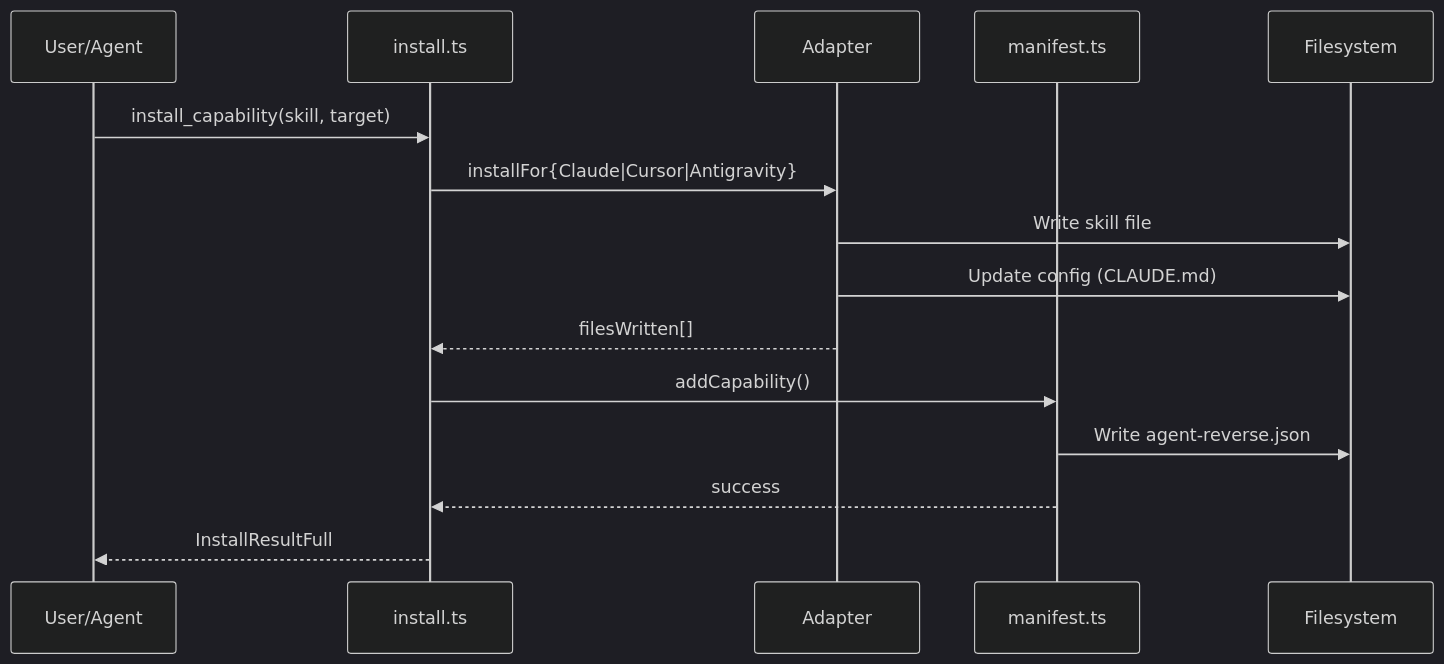
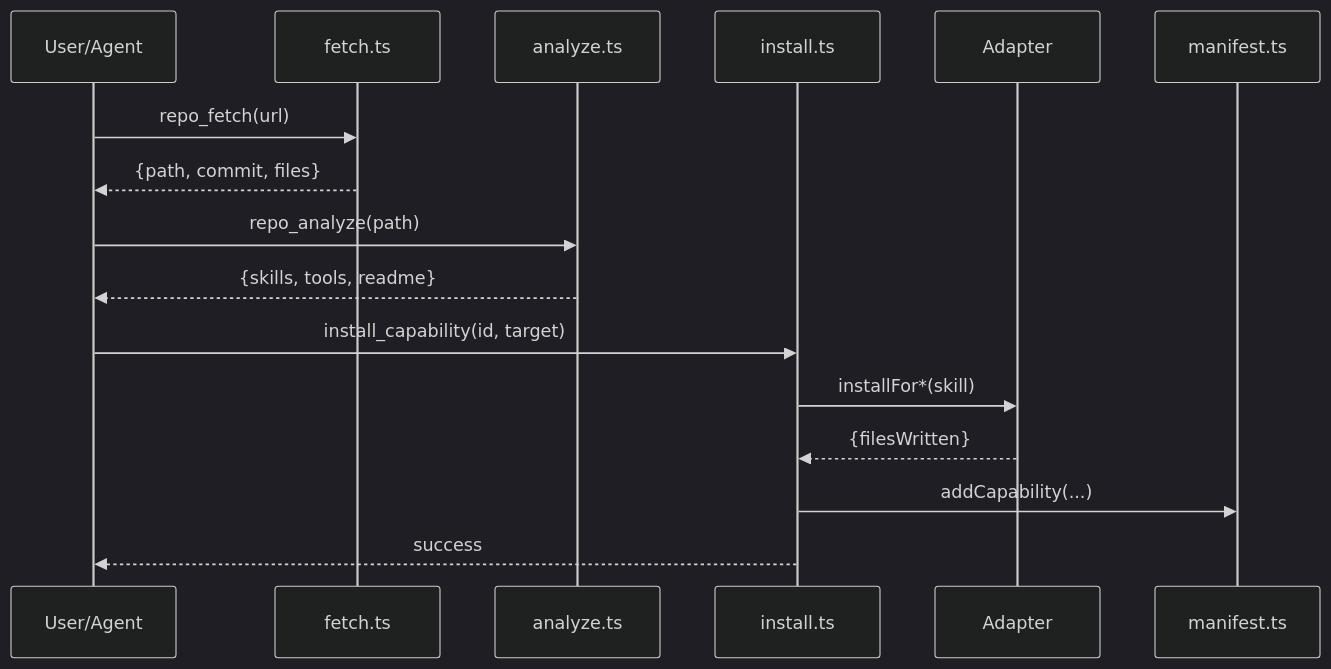
One commit to shihwesley/agent-reverse changed the second of 3 diagrams in docs/CODEBASE_MAP.md. Above: the diagram before and after it, drawn with Mermaid (dark theme). The commit also changed other lines of this file, not shown here.

Commit message:
docs: update CODEBASE_MAP with Phase 6 backup tools

````diff
--- a/docs/CODEBASE_MAP.md
+++ b/docs/CODEBASE_MAP.md
@@ -171,18 +193,19 @@
 ```mermaid
 sequenceDiagram
     participant U as User/Agent
+    participant F as fetch.ts
+    participant A as analyze.ts
     participant I as install.ts
-    participant A as Adapter
+    participant Ad as Adapter
     participant M as manifest.ts
-    participant F as Filesystem
 
-    U->>I: install_capability(skill, target)
-    I->>A: installFor{Claude|Cursor|Antigravity}
-    A->>F: Write skill file
-    A->>F: Update config (CLAUDE.md)
-    A-->>I: filesWritten[]
-    I->>M: addCapability()
-    M->>F: Write agent-reverse.json
-    M-->>I: success
-    I-->>U: InstallResultFull
+    U->>F: repo_fetch(url)
+    F-->>U: {path, commit, files}
+    U->>A: repo_analyze(path)
+    A-->>U: {skills, tools, readme}
+    U->>I: install_capability(id, target)
+    I->>Ad: installFor*(skill)
+    Ad-->>I: {filesWritten}
+    I->>M: addCapability(...)
+    I-->>U: success
 ```
````
